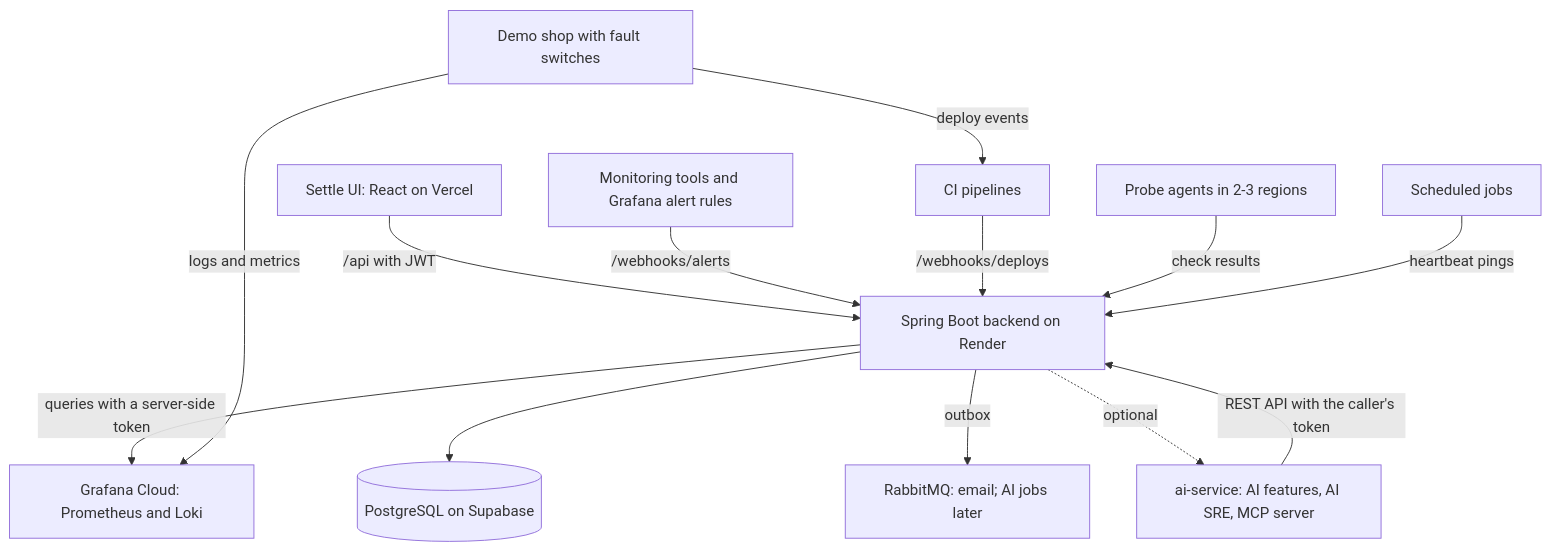
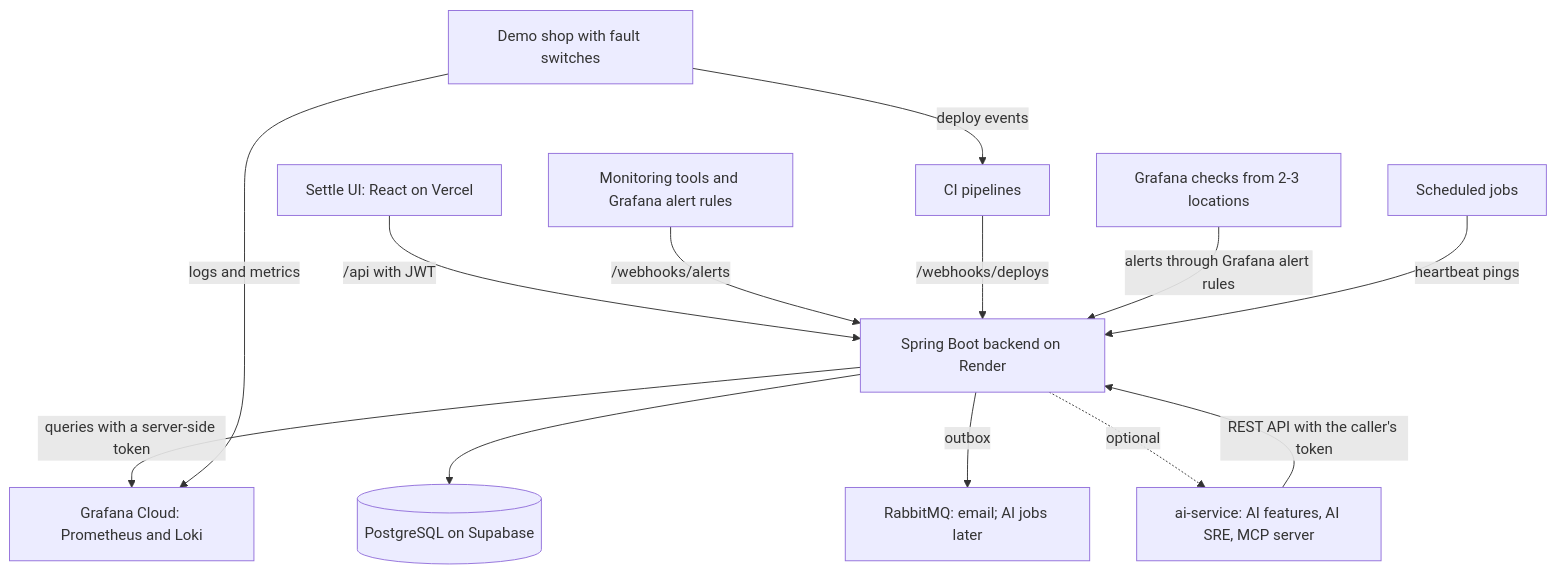
The diagram in docs/PROJECT_STRUCTURE.md (Shane07p/DevOps-Incident-Management-System), drawn with Mermaid before and after one commit. The commit also changed 2 other files, not shown here.

Commit message:
docs: show Grafana checks instead of probe agents in the HLD (D35), and drop the retired role names

````diff
--- a/docs/PROJECT_STRUCTURE.md
+++ b/docs/PROJECT_STRUCTURE.md
@@ -5,15 +5,15 @@
 ```mermaid
 flowchart TD
   Browser[Settle UI: React on Vercel] -->|/api with JWT| Backend[Spring Boot backend on Render]
   Tools[Monitoring tools and Grafana alert rules] -->|/webhooks/alerts| Backend
   CI[CI pipelines] -->|/webhooks/deploys| Backend
-  Probes[Probe agents in 2-3 regions] -->|check results| Backend
+  Probes[Grafana checks from 2-3 locations] -->|alerts through Grafana alert rules| Backend
   Jobs[Scheduled jobs] -->|heartbeat pings| Backend
   Backend --> Database[(PostgreSQL on Supabase)]
   Backend -->|outbox| Queue[RabbitMQ: email; AI jobs later]
   Backend -->|queries with a server-side token| Grafana[Grafana Cloud: Prometheus and Loki]
   Backend -. optional .-> AI[ai-service: AI features, AI SRE, MCP server]
   AI -->|REST API with the caller's token| Backend
   Shop[Demo shop with fault switches] -->|logs and metrics| Grafana
   Shop -->|deploy events| CI
 ```
````
